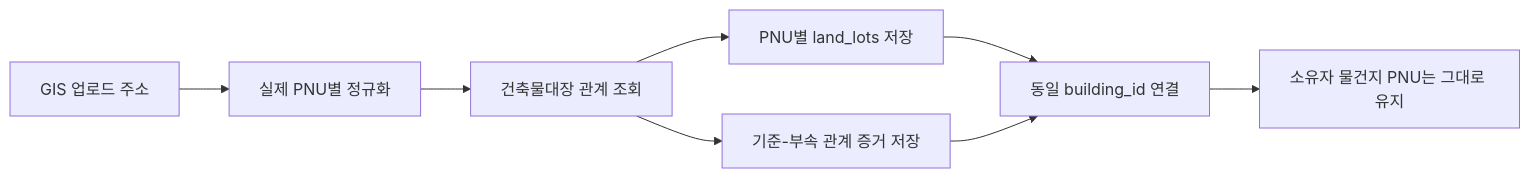
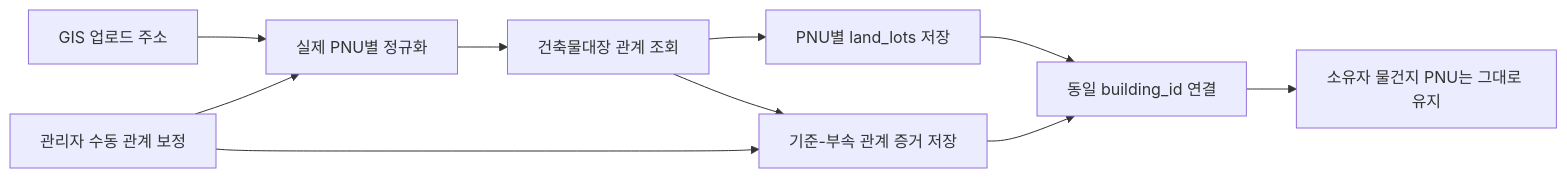
Before and after one commit to dlswn666/tonghari-api: the diagram in docs/2026-07-14-building-registry-parcel-auto-link-design.md, drawn with Mermaid. The commit also changed other lines of this file, not shown here.

````diff
--- a/docs/2026-07-14-building-registry-parcel-auto-link-design.md
+++ b/docs/2026-07-14-building-registry-parcel-auto-link-design.md
@@ -25,10 +29,12 @@
 ```mermaid
 flowchart LR
     A["GIS 업로드 주소"] --> B["실제 PNU별 정규화"]
+    M["관리자 수동 관계 보정"] --> B
     B --> C["건축물대장 관계 조회"]
     C --> D["PNU별 land_lots 저장"]
     C --> E["기준-부속 관계 증거 저장"]
+    M --> E
     D --> F["동일 building_id 연결"]
     E --> F
     F --> G["소유자 물건지 PNU는 그대로 유지"]
 ```
````
